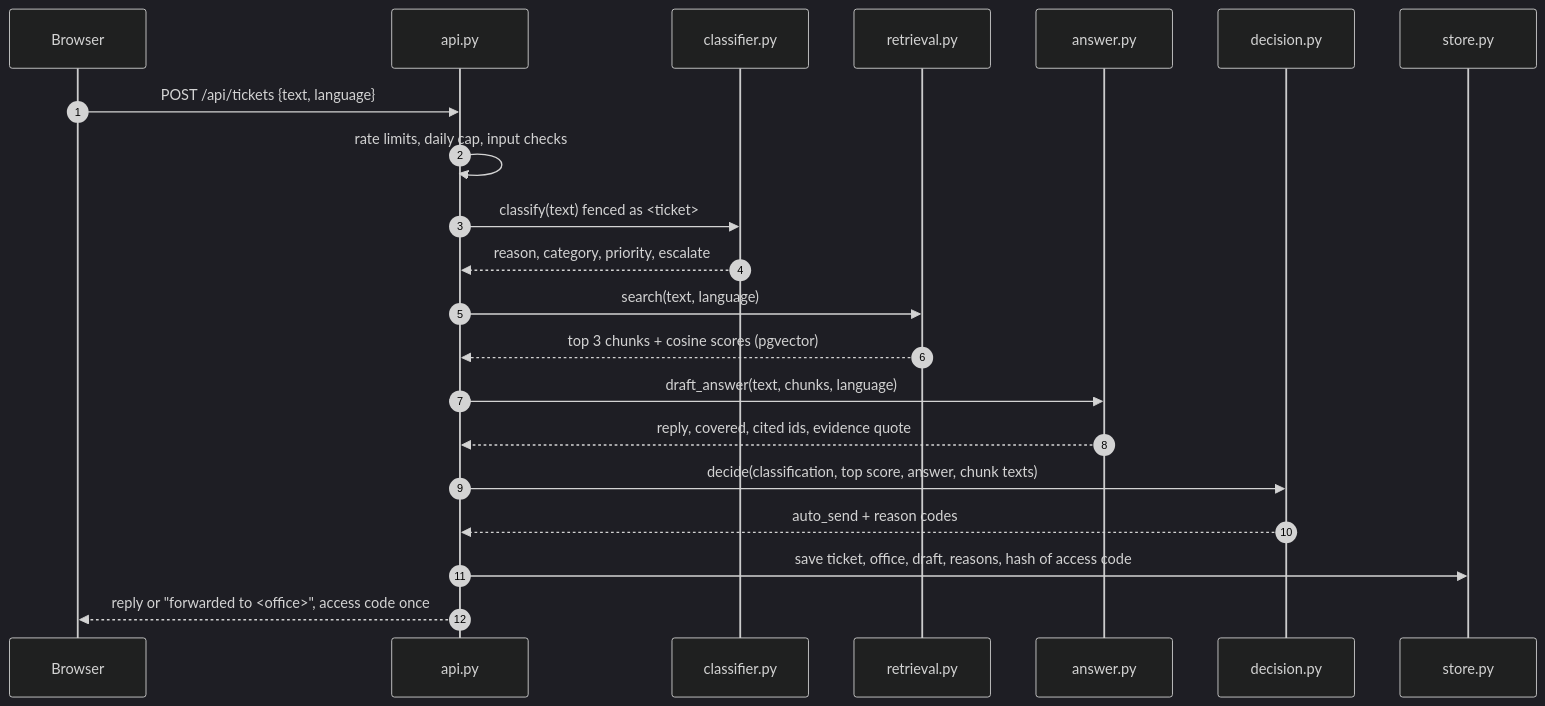
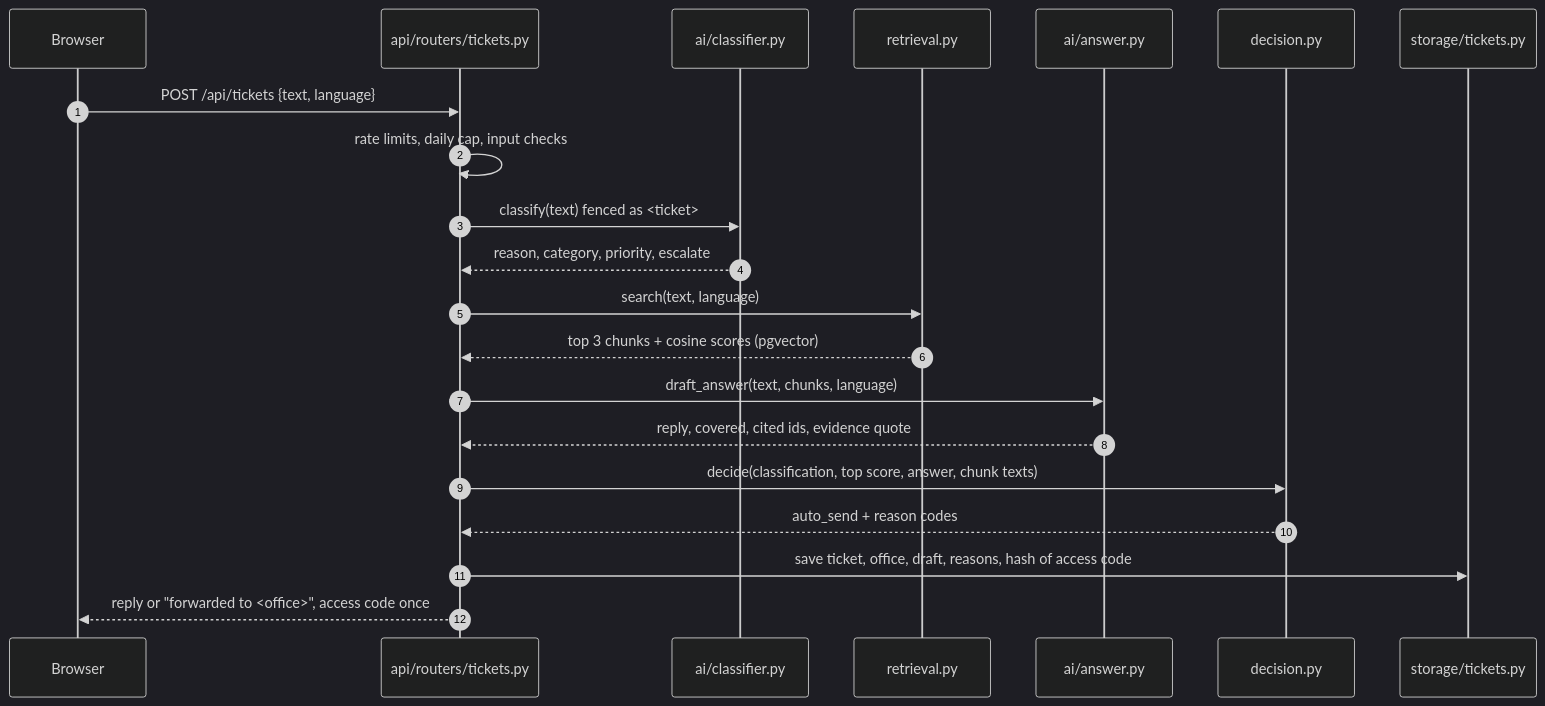
The second of 3 diagrams in ARCHITECTURE.md (AhmedElghazzawy/ai-ticket-assistant), drawn with Mermaid (dark theme) before and after one commit. The commit also changed other lines of this file and 3 other files, not shown here.

Commit message:
Docs: real package layout in ARCHITECTURE.md, upgrade A and B done in the roadmap, 188 tests, 12 decision records

````diff
--- a/ARCHITECTURE.md
+++ b/ARCHITECTURE.md
@@ -35,23 +35,23 @@
 ```mermaid
 sequenceDiagram
     autonumber
     participant B as Browser
-    participant A as api.py
-    participant C as classifier.py
+    participant A as api/routers/tickets.py
+    participant C as ai/classifier.py
     participant R as retrieval.py
-    participant W as answer.py
+    participant W as ai/answer.py
     participant D as decision.py
-    participant S as store.py
+    participant S as storage/tickets.py
     B->>A: POST /api/tickets {text, language}
     A->>A: rate limits, daily cap, input checks
     A->>C: classify(text) fenced as <ticket>
     C-->>A: reason, category, priority, escalate
     A->>R: search(text, language)
     R-->>A: top 3 chunks + cosine scores (pgvector)
     A->>W: draft_answer(text, chunks, language)
     W-->>A: reply, covered, cited ids, evidence quote
     A->>D: decide(classification, top score, answer, chunk texts)
     D-->>A: auto_send + reason codes
     A->>S: save ticket, office, draft, reasons, hash of access code
     A-->>B: reply or "forwarded to <office>", access code once
 ```
````
